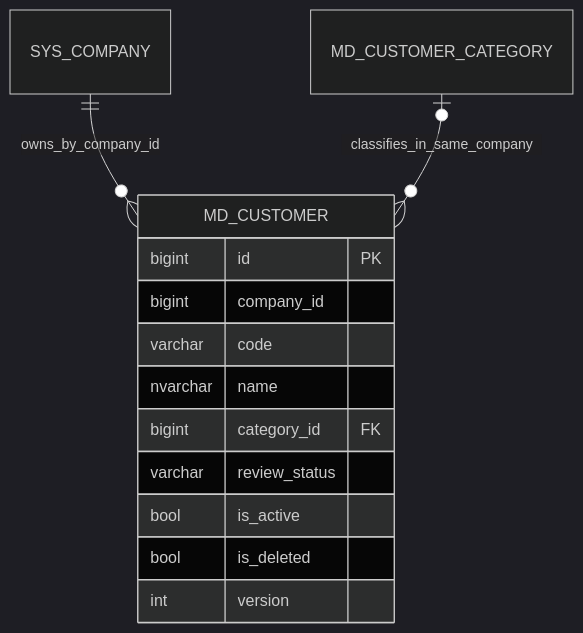
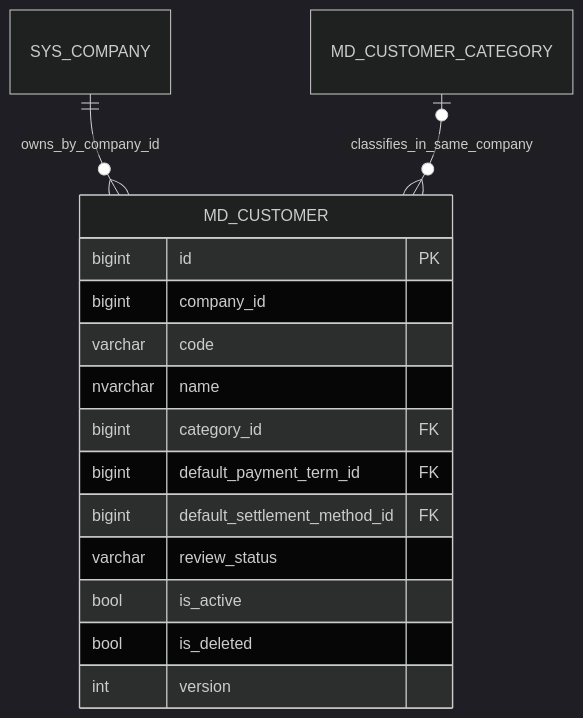
Before and after one commit to snowwhite10/MyERP: the third of 21 diagrams in docs/02-modules/MD/data-structure.md, drawn with Mermaid (dark theme). The commit also changed other lines of this file and 46 other files, not shown here.

First line of the commit message:
feat(md): add partner default payment term and settlement method

````diff
--- a/docs/02-modules/MD/data-structure.md
+++ b/docs/02-modules/MD/data-structure.md
@@ -42,16 +42,18 @@
 ```mermaid
 erDiagram
     SYS_COMPANY ||--o{ MD_CUSTOMER : owns_by_company_id
     MD_CUSTOMER_CATEGORY o|--o{ MD_CUSTOMER : classifies_in_same_company
     MD_CUSTOMER {
         bigint id PK
         bigint company_id
         varchar code
         nvarchar name
         bigint category_id FK
+        bigint default_payment_term_id FK
+        bigint default_settlement_method_id FK
         varchar review_status
         bool is_active
         bool is_deleted
         int version
     }
 ```
````
